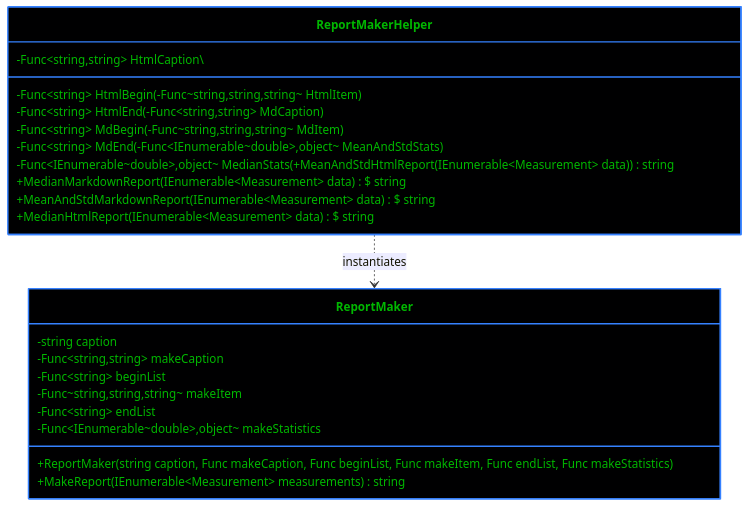
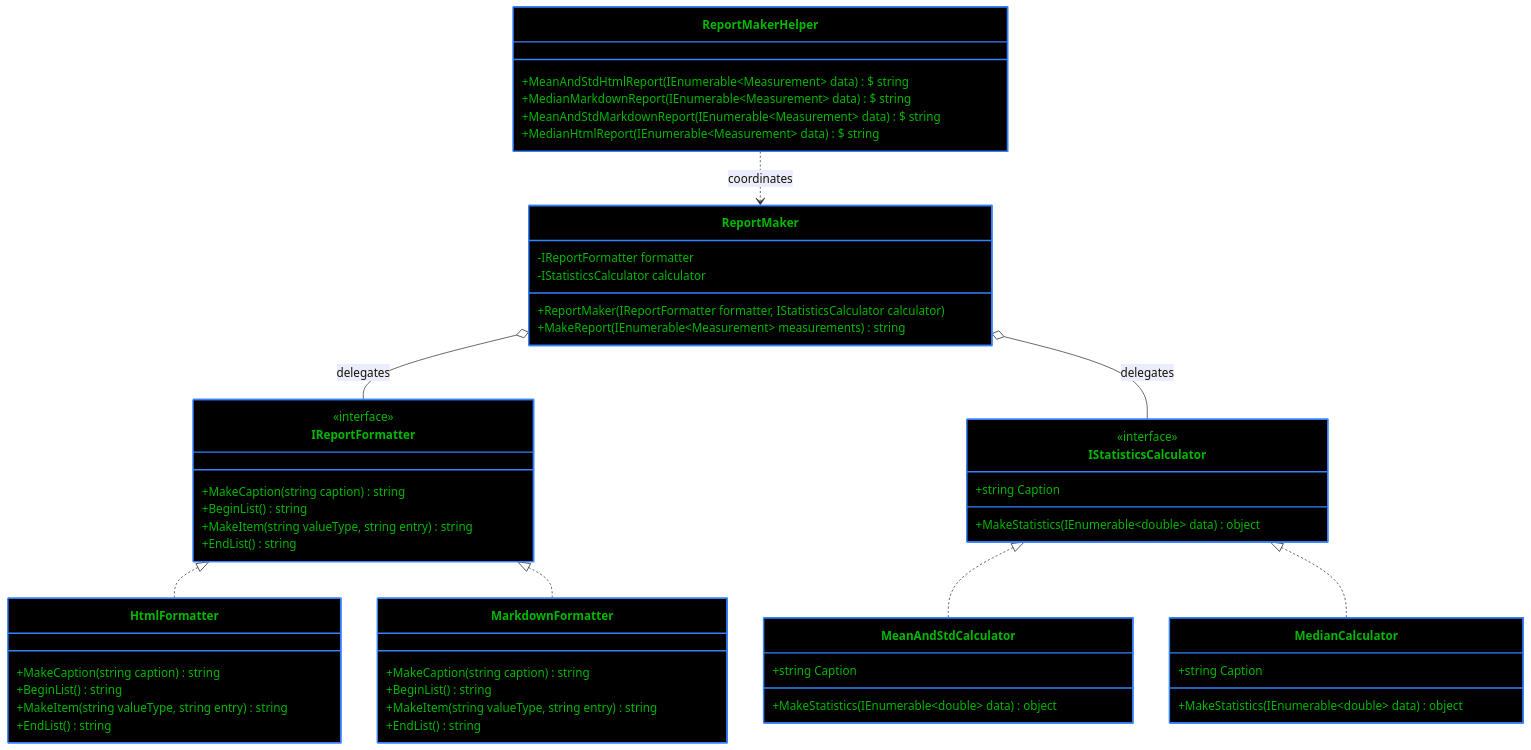
One commit to Goshanije/educational-practice changed the diagram in report_generator.md. Above: the diagram before and after it, drawn with Mermaid.

````diff
--- a/report_generator.md
+++ b/report_generator.md
@@ -1,32 +1,75 @@
 ```mermaid
 classDiagram
     direction TB
 
+    class IReportFormatter {
+        <<interface>>
+        +MakeCaption(string caption) string
+        +BeginList() string
+        +MakeItem(string valueType, string entry) string
+        +EndList() string
+    }
+
+    class IStatisticsCalculator {
+        <<interface>>
+        +string Caption
+        +MakeStatistics(IEnumerable~double~ data) object
+    }
+
+    class HtmlFormatter {
+        +MakeCaption(string caption) string
+        +BeginList() string
+        +MakeItem(string valueType, string entry) string
+        +EndList() string
+    }
+
+    class MarkdownFormatter {
+        +MakeCaption(string caption) string
+        +BeginList() string
+        +MakeItem(string valueType, string entry) string
+        +EndList() string
+    }
+
+    class MeanAndStdCalculator {
+        +string Caption
+        +MakeStatistics(IEnumerable~double~ data) object
+    }
+
+    class MedianCalculator {
+        +string Caption
+        +MakeStatistics(IEnumerable~double~ data) object
+    }
+
     class ReportMaker {
-        -string caption
-        -Func~string,string~ makeCaption
-        -Func~string~ beginList
-        -Func~string,string,string~ makeItem
-        -Func~string~ endList
-        -Func~IEnumerable~double~,object~ makeStatistics
-        +ReportMaker(string caption, Func makeCaption, Func beginList, Func makeItem, Func endList, Func makeStatistics)
+        -IReportFormatter formatter
+        -IStatisticsCalculator calculator
+        +ReportMaker(IReportFormatter formatter, IStatisticsCalculator calculator)
         +MakeReport(IEnumerable~Measurement~ measurements) string
     }
 
     class ReportMakerHelper {
-        -Func~string,string~ HtmlCaption\$
-        -Func~string~ HtmlBegin\(-Func~string,string,string~ HtmlItem\)
-        -Func~string~ HtmlEnd\(-Func~string,string~ MdCaption\)
-        -Func~string~ MdBegin\(-Func~string,string,string~ MdItem\)
-        -Func~string~ MdEnd\(-Func~IEnumerable~double~,object~ MeanAndStdStats\)
-        -Func~IEnumerable~double~,object~ MedianStats\(+MeanAndStdHtmlReport(IEnumerable~Measurement~ data)\) string
+        +MeanAndStdHtmlReport(IEnumerable~Measurement~ data)\$ string
         +MedianMarkdownReport(IEnumerable~Measurement~ data)\$ string
         +MeanAndStdMarkdownReport(IEnumerable~Measurement~ data)\$ string
         +MedianHtmlReport(IEnumerable~Measurement~ data)\$ string
     }
 
-    ReportMakerHelper ..> ReportMaker : instantiates
+    IReportFormatter <|.. HtmlFormatter
+    IReportFormatter <|.. MarkdownFormatter
+    IStatisticsCalculator <|.. MeanAndStdCalculator
+    IStatisticsCalculator <|.. MedianCalculator
+
+    ReportMaker o-- IReportFormatter : delegates
+    ReportMaker o-- IStatisticsCalculator : delegates
+    ReportMakerHelper ..> ReportMaker : coordinates
 
     style ReportMaker fill:#000001,stroke:#3581ff,stroke-width:2px,color:#00b701
     style ReportMakerHelper fill:#000001,stroke:#3581ff,stroke-width:2px,color:#00b701
+
+    style IReportFormatter fill:#000001,stroke:#3581ff,stroke-width:2px,color:#00b701
+    style IStatisticsCalculator fill:#000001,stroke:#3581ff,stroke-width:2px,color:#00b701
+    style HtmlFormatter fill:#000001,stroke:#3581ff,stroke-width:2px,color:#00b701
+    style MarkdownFormatter fill:#000001,stroke:#3581ff,stroke-width:2px,color:#00b701
+    style MeanAndStdCalculator fill:#000001,stroke:#3581ff,stroke-width:2px,color:#00b701
+    style MedianCalculator fill:#000001,stroke:#3581ff,stroke-width:2px,color:#00b701
 ```
````
